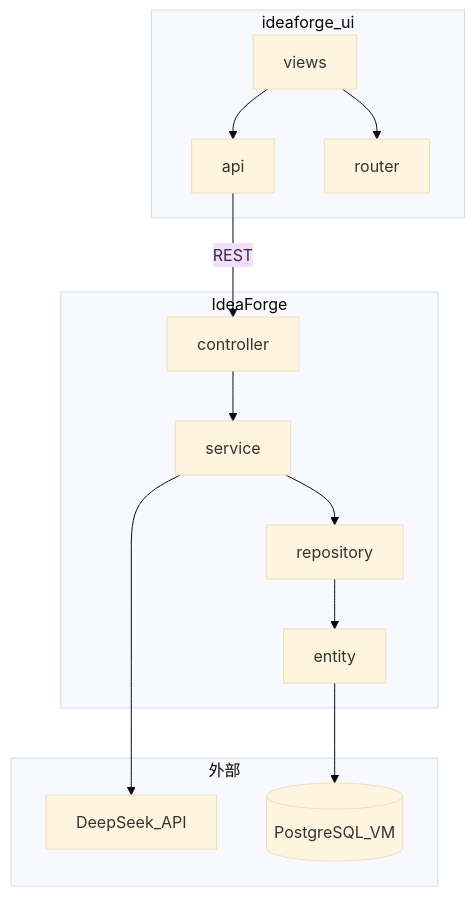
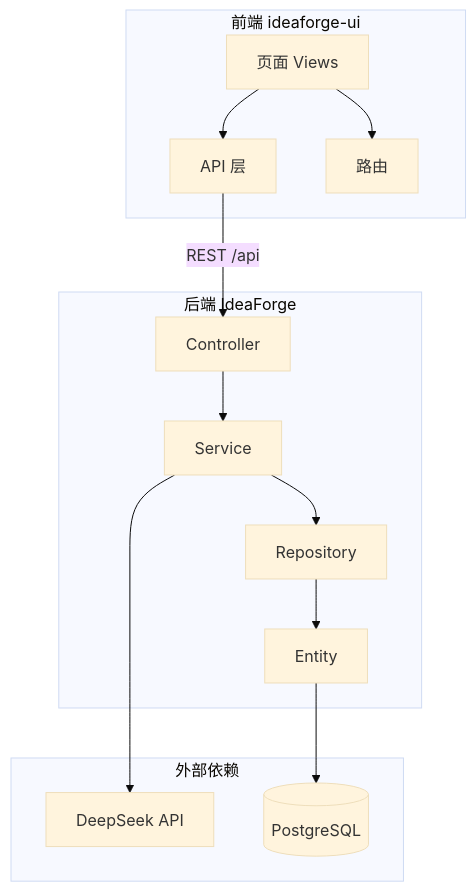
Before and after one commit to yixx524/IdeaForge: the diagram in README.md, drawn with Mermaid (base theme). The commit also changed other lines of this file and 3 other files, not shown here.

````diff
--- a/README.md
+++ b/README.md
@@ -100,24 +44,24 @@
 ```mermaid
 flowchart TB
-    subgraph frontend [ideaforge_ui]
-        Views[views]
-        ApiLayer[api]
-        Router[router]
+    subgraph frontend ["前端 ideaforge-ui"]
+        Views[页面 Views]
+        API[API 层]
+        Router[路由]
     end
-    subgraph backend [IdeaForge]
-        Controller[controller]
-        Service[service]
-        Repository[repository]
-        Entity[entity]
+    subgraph backend ["后端 IdeaForge"]
+        Controller[Controller]
+        Service[Service]
+        Repository[Repository]
+        Entity[Entity]
     end
-    subgraph external [外部]
-        DS[DeepSeek_API]
-        PG[(PostgreSQL_VM)]
+    subgraph external ["外部依赖"]
+        DS[DeepSeek API]
+        PG[(PostgreSQL)]
     end
     Views --> Router
-    Views --> ApiLayer
-    ApiLayer -->|REST| Controller
+    Views --> API
+    API -->|REST /api| Controller
     Controller --> Service
     Service --> Repository --> Entity --> PG
     Service --> DS
 ```
````
